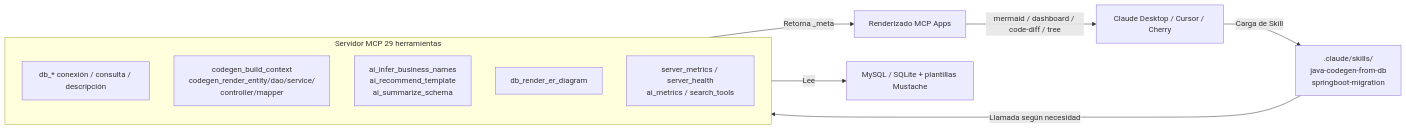
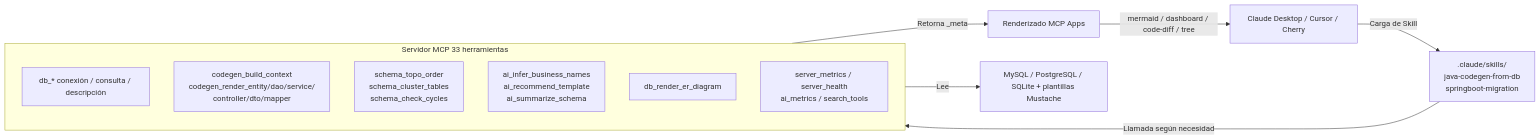
One commit to ZhaoXingPeng/DBJavaGenix changed the diagram in README.es-ES.md. Above: the diagram before and after it, drawn with Mermaid. The commit also changed other lines of this file and 9 other files, not shown here.

````diff
--- a/README.es-ES.md
+++ b/README.es-ES.md
@@ -12,19 +12,20 @@
 ```mermaid
 graph LR
     Client[Claude Desktop / Cursor / Cherry] -->|Carga de Skill| Skills
     Skills[".claude/skills/<br/>java-codegen-from-db<br/>springboot-migration"]
     Skills -->|Llamada según necesidad| MCP
 
-    subgraph MCP[Servidor MCP 29 herramientas]
+    subgraph MCP[Servidor MCP 33 herramientas]
         direction TB
         DB[db_* conexión / consulta / descripción]
-        Atom[codegen_build_context<br/>codegen_render_entity/dao/service/<br/>controller/mapper]
+        Atom[codegen_build_context<br/>codegen_render_entity/dao/service/<br/>controller/dto/mapper]
+        Graph[schema_topo_order<br/>schema_cluster_tables<br/>schema_check_cycles]
         AI[ai_infer_business_names<br/>ai_recommend_template<br/>ai_summarize_schema]
         Vis[db_render_er_diagram]
         Obs[server_metrics / server_health<br/>ai_metrics / search_tools]
     end
 
     MCP -->|Retorna _meta| Apps[Renderizado MCP Apps]
     Apps -->|mermaid / dashboard / code-diff / tree| Client
-    MCP -->|Lee| Data[MySQL / SQLite + plantillas Mustache]
+    MCP -->|Lee| Data[MySQL / PostgreSQL / SQLite + plantillas Mustache]
 ```
````
